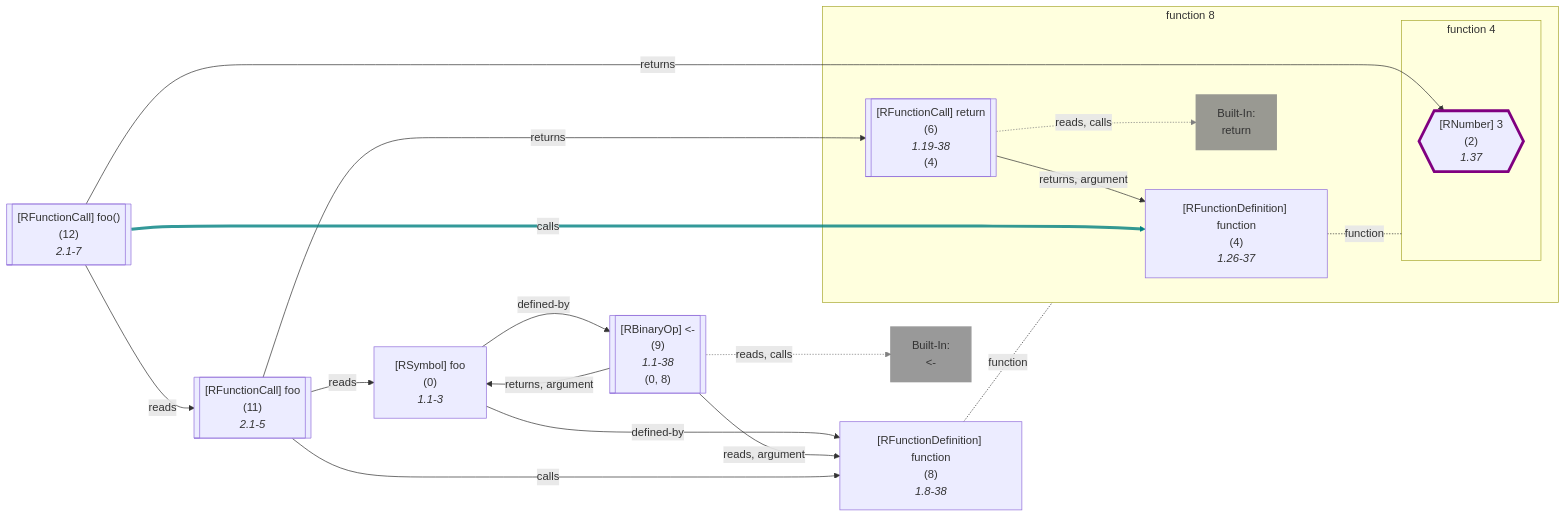
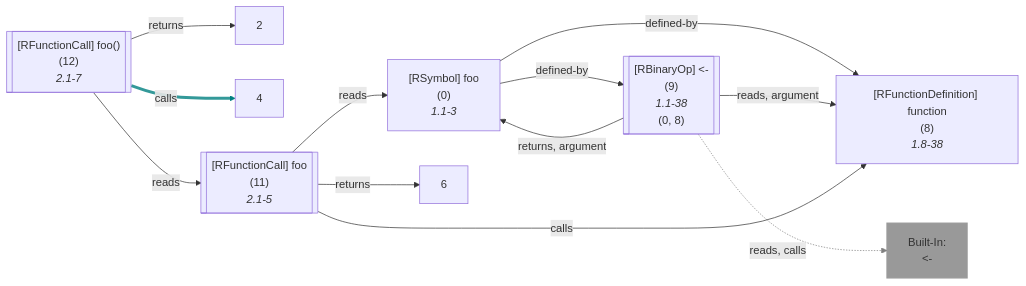
Before and after one commit to flowr-analysis/flowr: diagram 16 of 54 in wiki/Dataflow Graph.md, drawn with Mermaid. The commit also changed other lines of this file and 7 other files, not shown here.

Commit message:
[skip ci] doc: update generated wiki pages (wiki/Search API.md,wiki/Query API.md,wiki/Control Flow Graph.md,wiki/Core.md,wiki/Interface.md,wiki/Dataflow Graph.md,wiki/Linting and Testing.md,README.md)

````diff
--- a/wiki/Dataflow Graph.md
+++ b/wiki/Dataflow Graph.md
@@ -2328,74 +2217,44 @@
 ```mermaid
 flowchart LR
     8["`#91;RFunctionDefinition#93; function
       (8)
       *1.8-38*`"]
-
-subgraph "flow-8" [function 8]
-    %% Environment of 4 [level: 1]:
-    %% Built-in
-    %% 2390----------------------------------------
-    %% 2391----------------------------------------
-    4["`#91;RFunctionDefinition#93; function
-      (4)
-      *1.26-37*`"]
-
-subgraph "flow-4" [function 4]
-    2{{"`#91;RNumber#93; 3
-      (2)
-      *1.37*`"}}
-    style 2 stroke:purple,stroke-width:4px; 
-end
-    6[["`#91;RFunctionCall#93; return
-      (6)
-      *1.19-38*
-    (4)`"]]
-    built-in:return["`Built-In:
-return`"]
-    style built-in:return stroke:gray,fill:gray,stroke-width:2px,opacity:.8;
-end
+   %% No edges found for 8
     0["`#91;RSymbol#93; foo
       (0)
       *1.1-3*`"]
     9[["`#91;RBinaryOp#93; #60;#45;
       (9)
       *1.1-38*
     (0, 8)`"]]
     built-in:_-["`Built-In:
 #60;#45;`"]
     style built-in:_- stroke:gray,fill:gray,stroke-width:2px,opacity:.8;
     %% Environment of 11 [level: 0]:
     %% Built-in
-    %% 2404----------------------------------------
+    %% 2862----------------------------------------
     %%   foo: {**foo** (id: 0, type: Function, def. @9)}
     11[["`#91;RFunctionCall#93; foo
       (11)
       *2.1-5*`"]]
     %% Environment of 12 [level: 0]:
     %% Built-in
-    %% 2406----------------------------------------
+    %% 2864----------------------------------------
     %%   foo: {**foo** (id: 0, type: Function, def. @9)}
     12[["`#91;RFunctionCall#93; foo()
       (12)
       *2.1-7*`"]]
-4 -.-|function| flow-4
-
-    6 -->|"returns, argument"| 4
-    6 -.->|"reads, calls"| built-in:return
-    linkStyle 2 stroke:gray;
-8 -.-|function| flow-8
-
     0 -->|"defined-by"| 8
     0 -->|"defined-by"| 9
     9 -->|"reads, argument"| 8
     9 -->|"returns, argument"| 0
     9 -.->|"reads, calls"| built-in:_-
-    linkStyle 8 stroke:gray;
+    linkStyle 4 stroke:gray;
     11 -->|"reads"| 0
     11 -->|"returns"| 6
     11 -->|"calls"| 8
     12 -->|"reads"| 11
     12 -->|"returns"| 2
     12 -->|"calls"| 4
-    linkStyle 14 stroke:teal,stroke-width:4.2px,stroke-opacity:.8
+    linkStyle 10 stroke:teal,stroke-width:4.2px,stroke-opacity:.8
 ```
````
